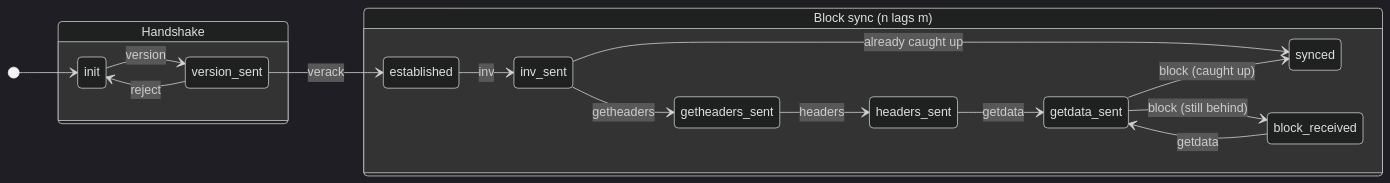
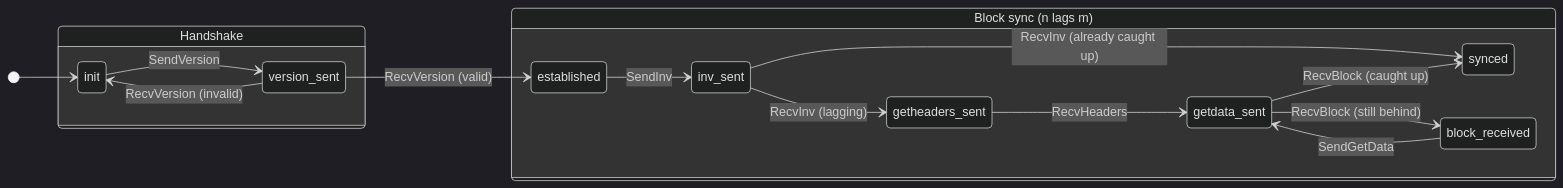
The diagram in README.md (oxarbitrage/zcash-p2p-spec), drawn with Mermaid (dark theme) before and after one commit. The commit also changed other lines of this file, not shown here.

Commit message:
Update README and state diagram for message consumption model
- Describe inbox/FIFO queue architecture (no remote state peeking)
- Update diagram: action names (SendVersion, RecvVersion, etc.),
  remove headers_sent state (merged into RecvHeaders)
- Rejection is now deterministic (version payload check), not
  non-deterministic
- Disconnection is bilateral (TCP RST)
- Symmetric inv exchange noted
- Update timing: 2-peer verification now ~10 seconds (was ~3 minutes)

````diff
--- a/README.md
+++ b/README.md
@@ -22,24 +22,23 @@
 ```mermaid
 stateDiagram-v2
     direction LR
 
     [*] --> init
 
-    init --> version_sent : version
+    init --> version_sent : SendVersion
 
     state "Handshake" as hs {
-        version_sent --> established : verack
-        version_sent --> init : reject
+        version_sent --> established : RecvVersion (valid)
+        version_sent --> init : RecvVersion (invalid)
     }
 
     state "Block sync (n lags m)" as sync {
-        established --> inv_sent : inv
-        inv_sent --> synced : already caught up
-        inv_sent --> getheaders_sent : getheaders
-        getheaders_sent --> headers_sent : headers
-        headers_sent --> getdata_sent : getdata
-        getdata_sent --> block_received : block (still behind)
-        block_received --> getdata_sent : getdata
-        getdata_sent --> synced : block (caught up)
+        established --> inv_sent : SendInv
+        inv_sent --> synced : RecvInv (already caught up)
+        inv_sent --> getheaders_sent : RecvInv (lagging)
+        getheaders_sent --> getdata_sent : RecvHeaders
+        getdata_sent --> block_received : RecvBlock (still behind)
+        block_received --> getdata_sent : SendGetData
+        getdata_sent --> synced : RecvBlock (caught up)
     }
 ```
````
